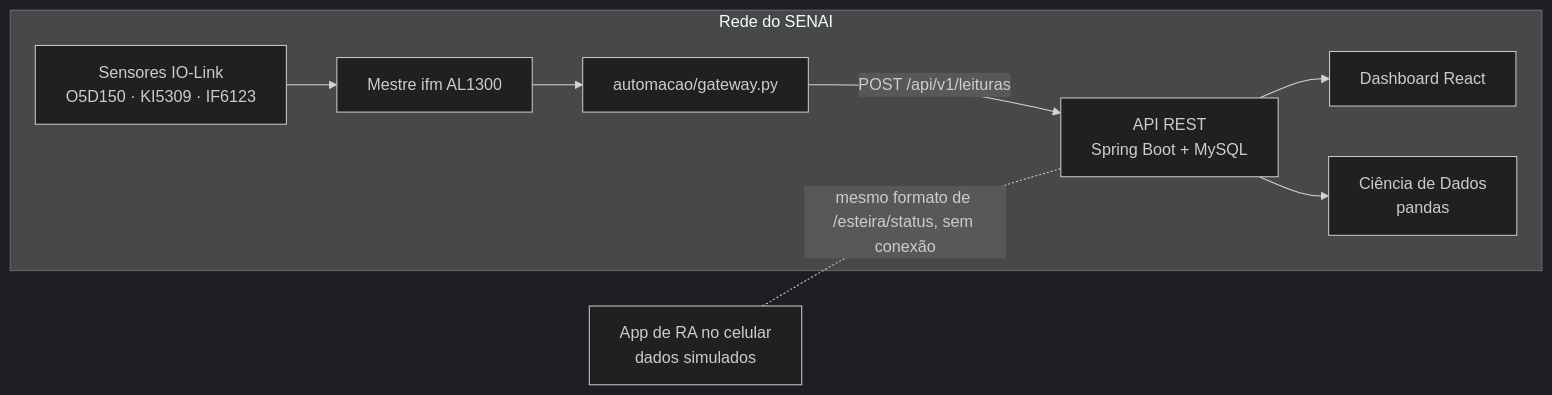
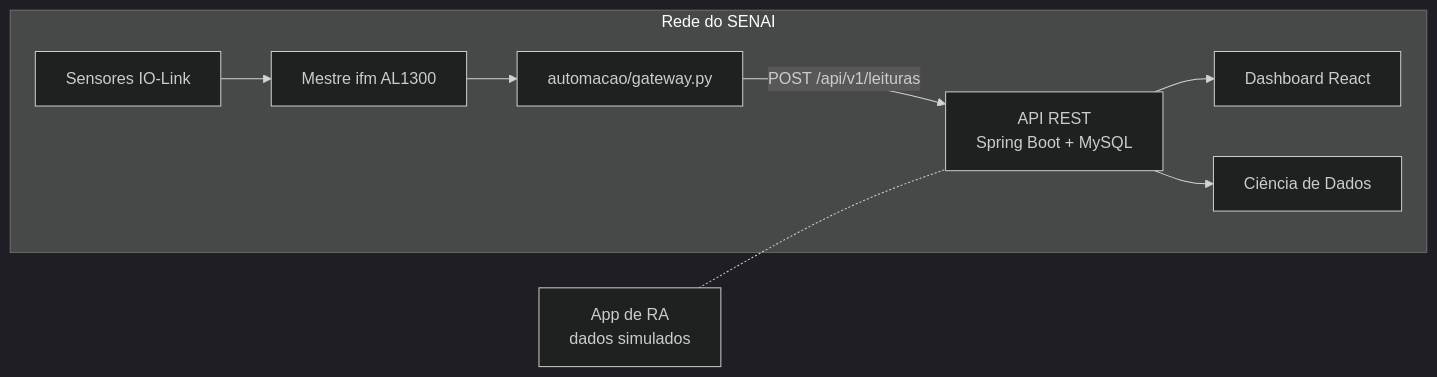
The diagram in README.md (rafarubia7/manufatura-metaltech), drawn with Mermaid (dark theme) before and after one commit. The commit also changed other lines of this file, not shown here.

````diff
--- a/README.md
+++ b/README.md
@@ -15,11 +13,11 @@
 ```mermaid
 flowchart LR
     subgraph Rede do SENAI
-        S[Sensores IO-Link<br/>O5D150 · KI5309 · IF6123] --> M[Mestre ifm AL1300]
+        S[Sensores IO-Link] --> M[Mestre ifm AL1300]
         M --> G[automacao/gateway.py]
         G -->|POST /api/v1/leituras| A[API REST<br/>Spring Boot + MySQL]
         A --> F[Dashboard React]
-        A --> D[Ciência de Dados<br/>pandas]
+        A --> D[Ciência de Dados]
     end
-    RA[App de RA no celular<br/>dados simulados] -.-|"mesmo formato de /esteira/status, sem conexão"| A
+    RA[App de RA<br/>dados simulados] -.- A
 ```
````
